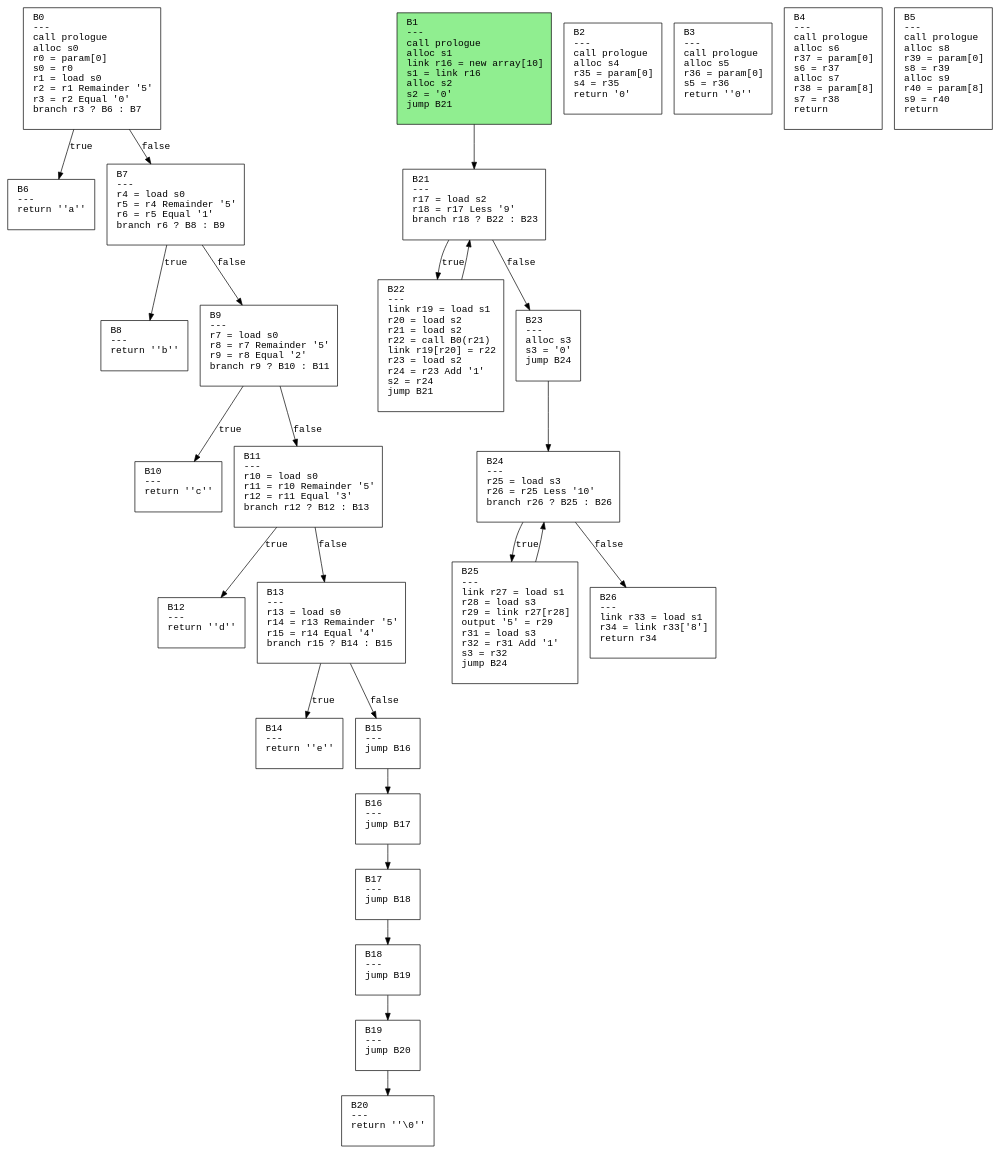
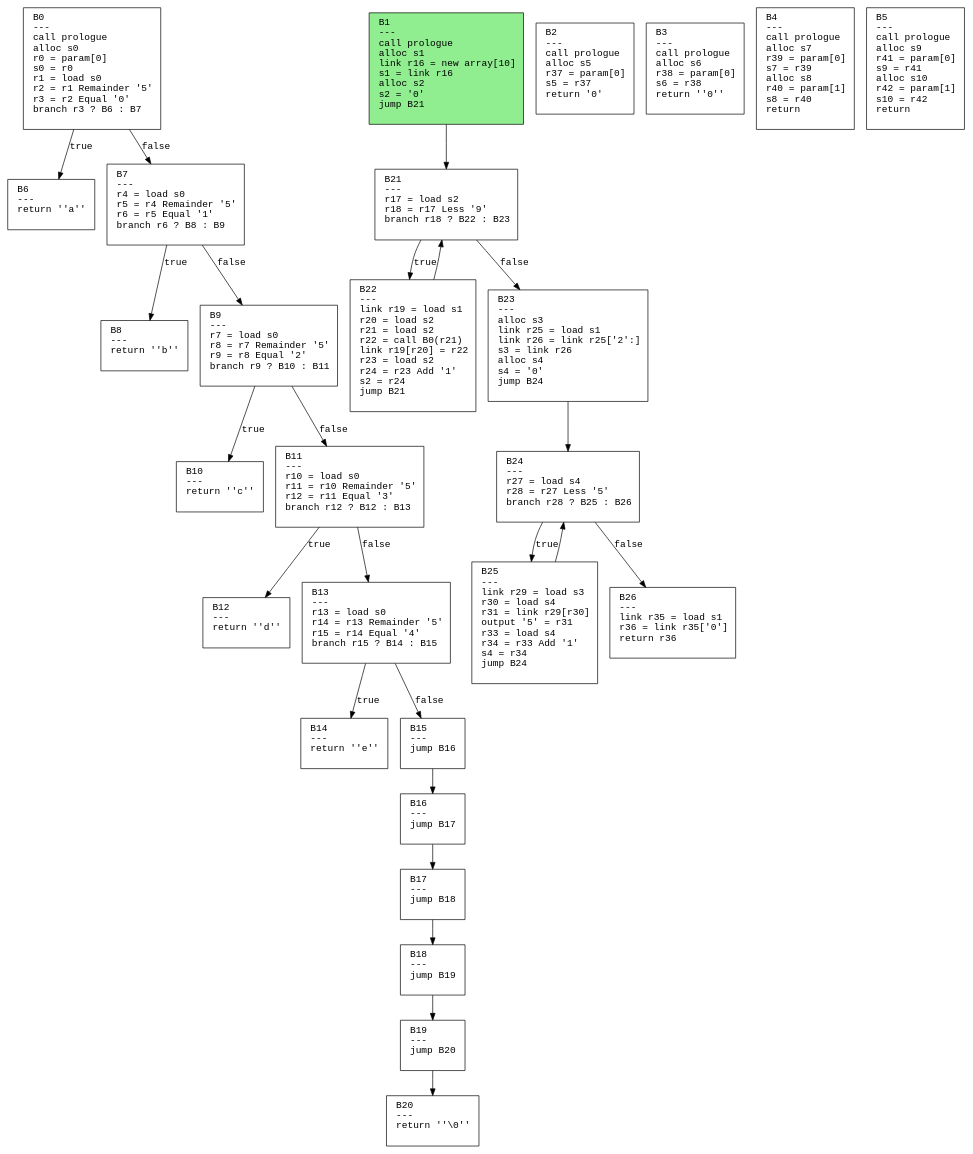
One commit to safarislava/ProcTranslator changed the diagram in output/array.dot. Above: the diagram before and after it, drawn with Graphviz. The commit also changed 33 other files, not shown here.

```diff
--- a/output/array.dot
+++ b/output/array.dot
@@ -1,57 +1,57 @@
 digraph CFG {
   rankdir=TB;
   node [shape=box, fontname="Courier", style=filled, fillcolor=white, margin="0.2,0.1"];
   edge [fontname="Courier"];
 
   "B0" [label="B0\l---\lcall prologue\lalloc s0\lr0 = param[0]\ls0 = r0\lr1 = load s0\lr2 = r1 Remainder '5'\lr3 = r2 Equal '0'\lbranch r3 ? B6 : B7\l "];
   "B1" [label="B1\l---\lcall prologue\lalloc s1\llink r16 = new array[10]\ls1 = link r16\lalloc s2\ls2 = '0'\ljump B21\l "];
-  "B2" [label="B2\l---\lcall prologue\lalloc s4\lr35 = param[0]\ls4 = r35\lreturn '0'\l "];
-  "B3" [label="B3\l---\lcall prologue\lalloc s5\lr36 = param[0]\ls5 = r36\lreturn ''0''\l "];
-  "B4" [label="B4\l---\lcall prologue\lalloc s6\lr37 = param[0]\ls6 = r37\lalloc s7\lr38 = param[8]\ls7 = r38\lreturn\l "];
-  "B5" [label="B5\l---\lcall prologue\lalloc s8\lr39 = param[0]\ls8 = r39\lalloc s9\lr40 = param[8]\ls9 = r40\lreturn\l "];
+  "B2" [label="B2\l---\lcall prologue\lalloc s5\lr37 = param[0]\ls5 = r37\lreturn '0'\l "];
+  "B3" [label="B3\l---\lcall prologue\lalloc s6\lr38 = param[0]\ls6 = r38\lreturn ''0''\l "];
+  "B4" [label="B4\l---\lcall prologue\lalloc s7\lr39 = param[0]\ls7 = r39\lalloc s8\lr40 = param[1]\ls8 = r40\lreturn\l "];
+  "B5" [label="B5\l---\lcall prologue\lalloc s9\lr41 = param[0]\ls9 = r41\lalloc s10\lr42 = param[1]\ls10 = r42\lreturn\l "];
   "B6" [label="B6\l---\lreturn ''a''\l "];
   "B7" [label="B7\l---\lr4 = load s0\lr5 = r4 Remainder '5'\lr6 = r5 Equal '1'\lbranch r6 ? B8 : B9\l "];
   "B8" [label="B8\l---\lreturn ''b''\l "];
   "B9" [label="B9\l---\lr7 = load s0\lr8 = r7 Remainder '5'\lr9 = r8 Equal '2'\lbranch r9 ? B10 : B11\l "];
   "B10" [label="B10\l---\lreturn ''c''\l "];
   "B11" [label="B11\l---\lr10 = load s0\lr11 = r10 Remainder '5'\lr12 = r11 Equal '3'\lbranch r12 ? B12 : B13\l "];
   "B12" [label="B12\l---\lreturn ''d''\l "];
   "B13" [label="B13\l---\lr13 = load s0\lr14 = r13 Remainder '5'\lr15 = r14 Equal '4'\lbranch r15 ? B14 : B15\l "];
   "B14" [label="B14\l---\lreturn ''e''\l "];
   "B15" [label="B15\l---\ljump B16\l "];
   "B16" [label="B16\l---\ljump B17\l "];
   "B17" [label="B17\l---\ljump B18\l "];
   "B18" [label="B18\l---\ljump B19\l "];
   "B19" [label="B19\l---\ljump B20\l "];
   "B20" [label="B20\l---\lreturn ''\\0''\l "];
   "B21" [label="B21\l---\lr17 = load s2\lr18 = r17 Less '9'\lbranch r18 ? B22 : B23\l "];
   "B22" [label="B22\l---\llink r19 = load s1\lr20 = load s2\lr21 = load s2\lr22 = call B0(r21)\llink r19[r20] = r22\lr23 = load s2\lr24 = r23 Add '1'\ls2 = r24\ljump B21\l "];
-  "B23" [label="B23\l---\lalloc s3\ls3 = '0'\ljump B24\l "];
-  "B24" [label="B24\l---\lr25 = load s3\lr26 = r25 Less '10'\lbranch r26 ? B25 : B26\l "];
-  "B25" [label="B25\l---\llink r27 = load s1\lr28 = load s3\lr29 = link r27[r28]\loutput '5' = r29\lr31 = load s3\lr32 = r31 Add '1'\ls3 = r32\ljump B24\l "];
-  "B26" [label="B26\l---\llink r33 = load s1\lr34 = link r33['8']\lreturn r34\l "];
+  "B23" [label="B23\l---\lalloc s3\llink r25 = load s1\llink r26 = link r25['2':]\ls3 = link r26\lalloc s4\ls4 = '0'\ljump B24\l "];
+  "B24" [label="B24\l---\lr27 = load s4\lr28 = r27 Less '5'\lbranch r28 ? B25 : B26\l "];
+  "B25" [label="B25\l---\llink r29 = load s3\lr30 = load s4\lr31 = link r29[r30]\loutput '5' = r31\lr33 = load s4\lr34 = r33 Add '1'\ls4 = r34\ljump B24\l "];
+  "B26" [label="B26\l---\llink r35 = load s1\lr36 = link r35['0']\lreturn r36\l "];
   "B0" -> "B6" [label="true"];
   "B0" -> "B7" [label="false"];
   "B1" -> "B21";
   "B7" -> "B8" [label="true"];
   "B7" -> "B9" [label="false"];
   "B9" -> "B10" [label="true"];
   "B9" -> "B11" [label="false"];
   "B11" -> "B12" [label="true"];
   "B11" -> "B13" [label="false"];
   "B13" -> "B14" [label="true"];
   "B13" -> "B15" [label="false"];
   "B15" -> "B16";
   "B16" -> "B17";
   "B17" -> "B18";
   "B18" -> "B19";
   "B19" -> "B20";
   "B21" -> "B22" [label="true"];
   "B21" -> "B23" [label="false"];
   "B22" -> "B21";
   "B23" -> "B24";
   "B24" -> "B25" [label="true"];
   "B24" -> "B26" [label="false"];
   "B25" -> "B24";
   "B1" [fillcolor=lightgreen];
 }
```
